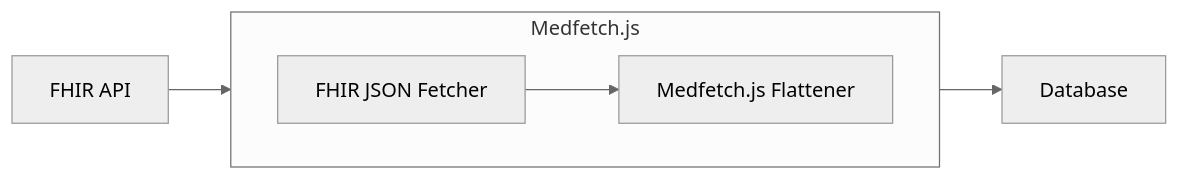
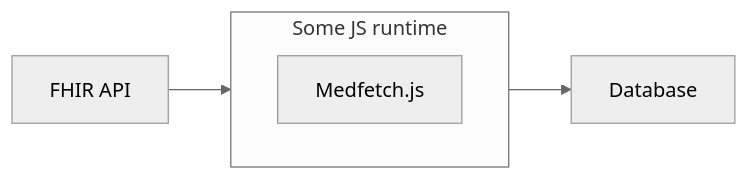
The third of 3 diagrams in medfetch/docs/app/page.mdx (nestorhealth/medfetch.js), drawn with Mermaid (neutral theme) before and after one commit. The commit also changed other lines of this file and 17 other files, not shown here.

````diff
--- a/medfetch/docs/app/page.mdx
+++ b/medfetch/docs/app/page.mdx
@@ -84,9 +87,9 @@
 ```mermaid
 flowchart LR
-    subgraph MEDFETCH [Medfetch.js]
+    subgraph MEDFETCH [Some JS runtime]
         direction LR
-        A[FHIR JSON Fetcher] --> B[Medfetch.js Flattener]
+        A[Medfetch.js]
     end
     Z[FHIR API] --> A
-    B --> C[Database]
+    A --> B[Database]
 ```
````
